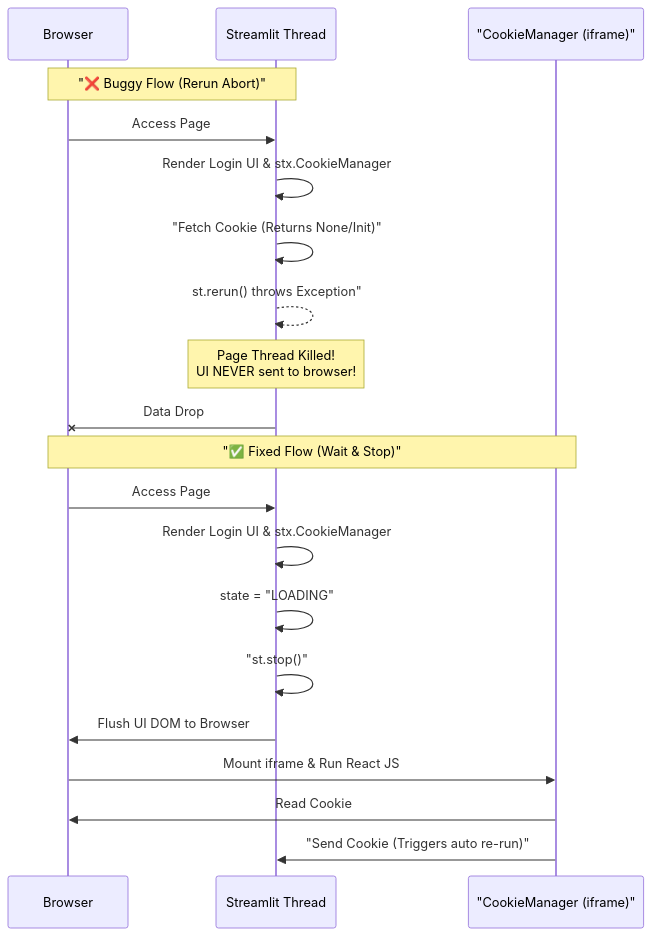
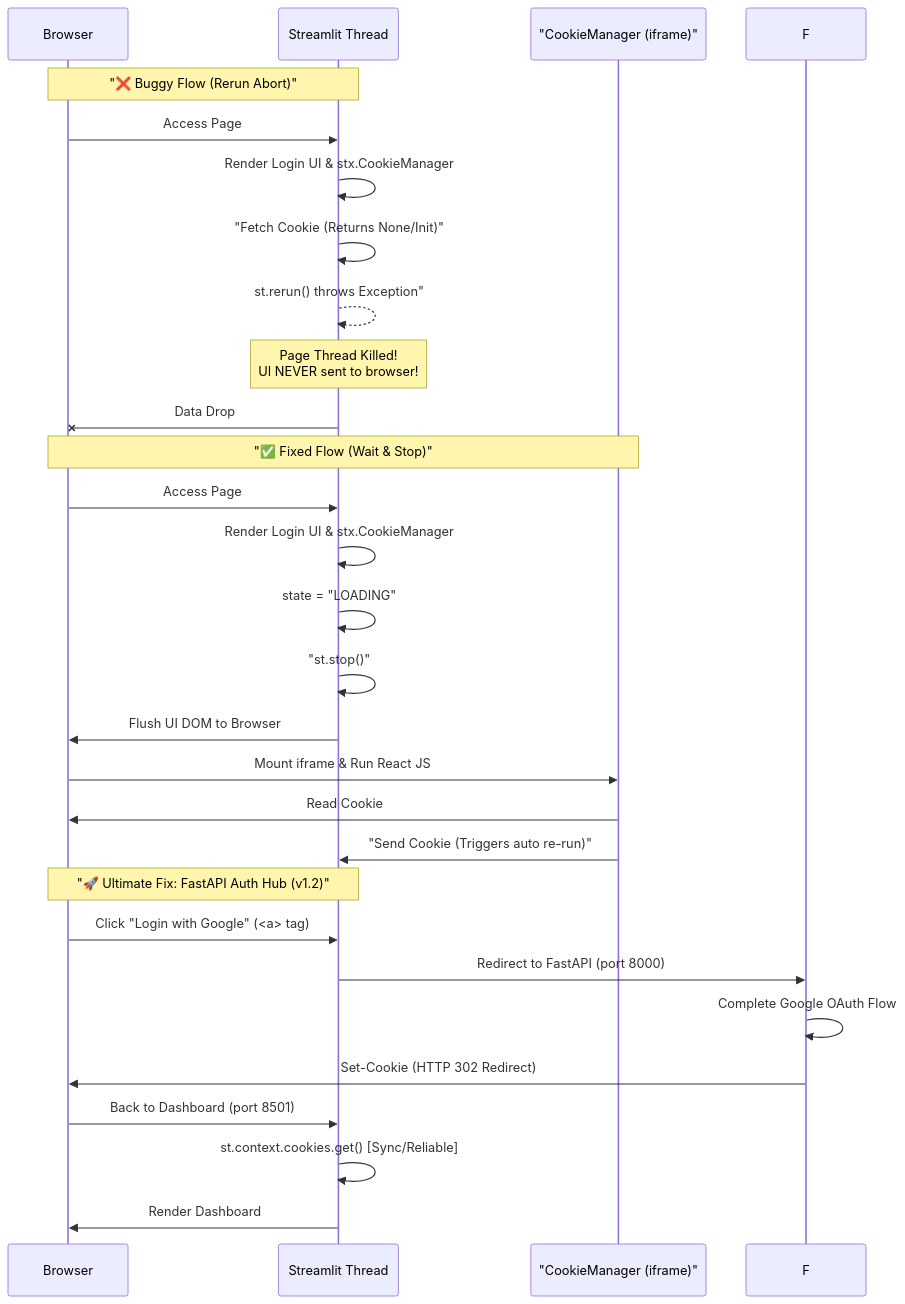
Before and after one commit to neohsiung/AI-Investment-Advisor: the diagram in wiki/05_工程手冊-Engineering_Handbook/故障排除與驗證迴圈-Streamlit-Auth-Loop-Postmortem.md, drawn with Mermaid. The commit also changed other lines of this file and 2 other files, not shown here.

First line of the commit message:
docs: sync wiki changes to main repository 同步 wiki 變更至主倉庫

````diff
--- a/wiki/05_工程手冊-Engineering_Handbook/故障排除與驗證迴圈-Streamlit-Auth-Loop-Postmortem.md
+++ b/wiki/05_工程手冊-Engineering_Handbook/故障排除與驗證迴圈-Streamlit-Auth-Loop-Postmortem.md
@@ -53,24 +55,33 @@
 ```mermaid
 sequenceDiagram
     participant B as Browser
     participant S as Streamlit Thread
     participant C as "CookieManager (iframe)"
 
     Note over B, S:"❌ Buggy Flow (Rerun Abort)"
     B->>S: Access Page
     S->>S: Render Login UI & stx.CookieManager
     S->>S:"Fetch Cookie (Returns None/Init)"
     S-->>S: st.rerun() throws Exception"
     Note over S: Page Thread Killed!<br/>UI NEVER sent to browser!
     S-xB: Data Drop
     
     Note over B, C:"✅ Fixed Flow (Wait & Stop)"
     B->>S: Access Page
     S->>S: Render Login UI & stx.CookieManager
     S->>S: state = "LOADING"
     S->>S:"st.stop()"
     S->>B: Flush UI DOM to Browser
     B->>C: Mount iframe & Run React JS
     C->>B: Read Cookie
     C->>S:"Send Cookie (Triggers auto re-run)"
+
+    Note over B, S: "🚀 Ultimate Fix: FastAPI Auth Hub (v1.2)"
+    B->>S: Click "Login with Google" (<a> tag)
+    S->>F: Redirect to FastAPI (port 8000)
+    F->>F: Complete Google OAuth Flow
+    F->>B: Set-Cookie (HTTP 302 Redirect)
+    B->>S: Back to Dashboard (port 8501)
+    S->>S: st.context.cookies.get() [Sync/Reliable]
+    S->>B: Render Dashboard
 ```
````
